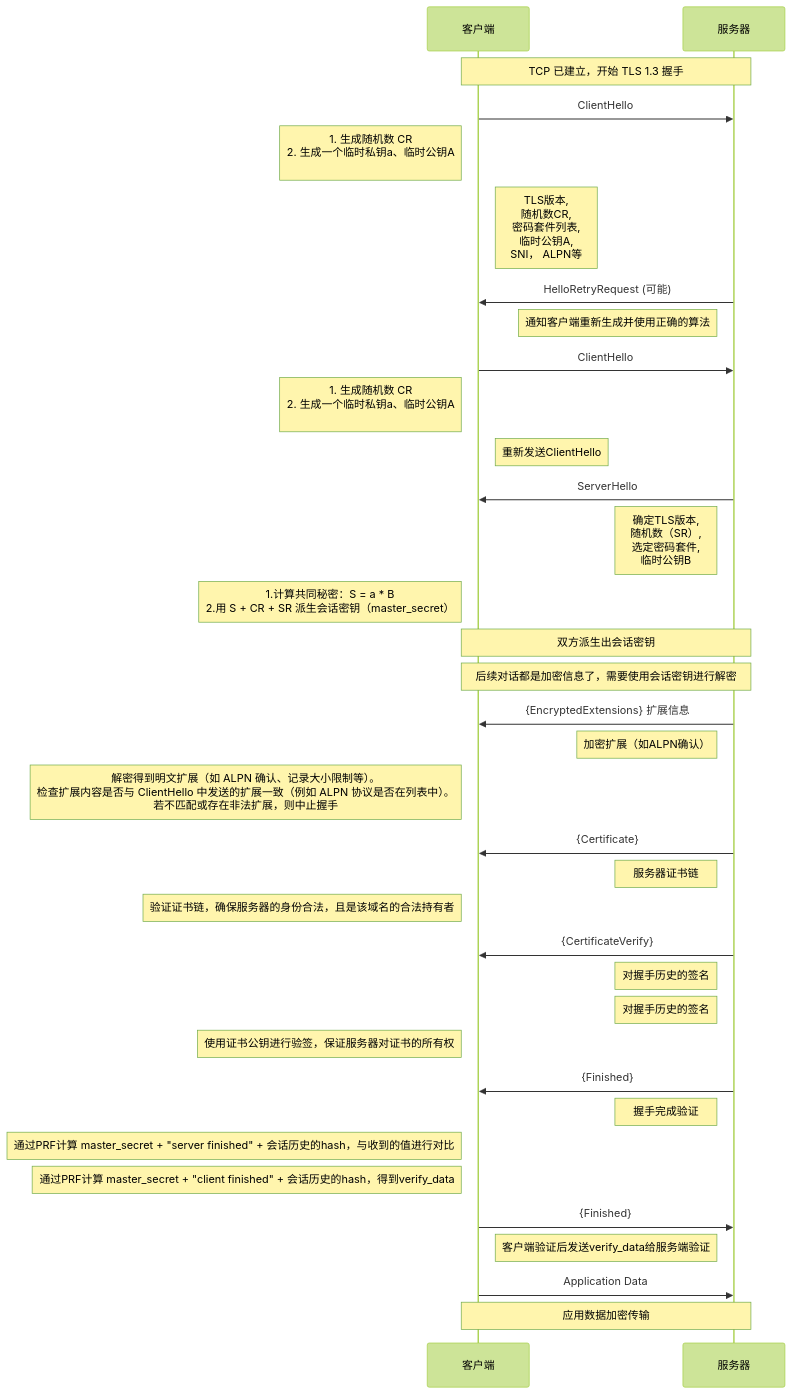
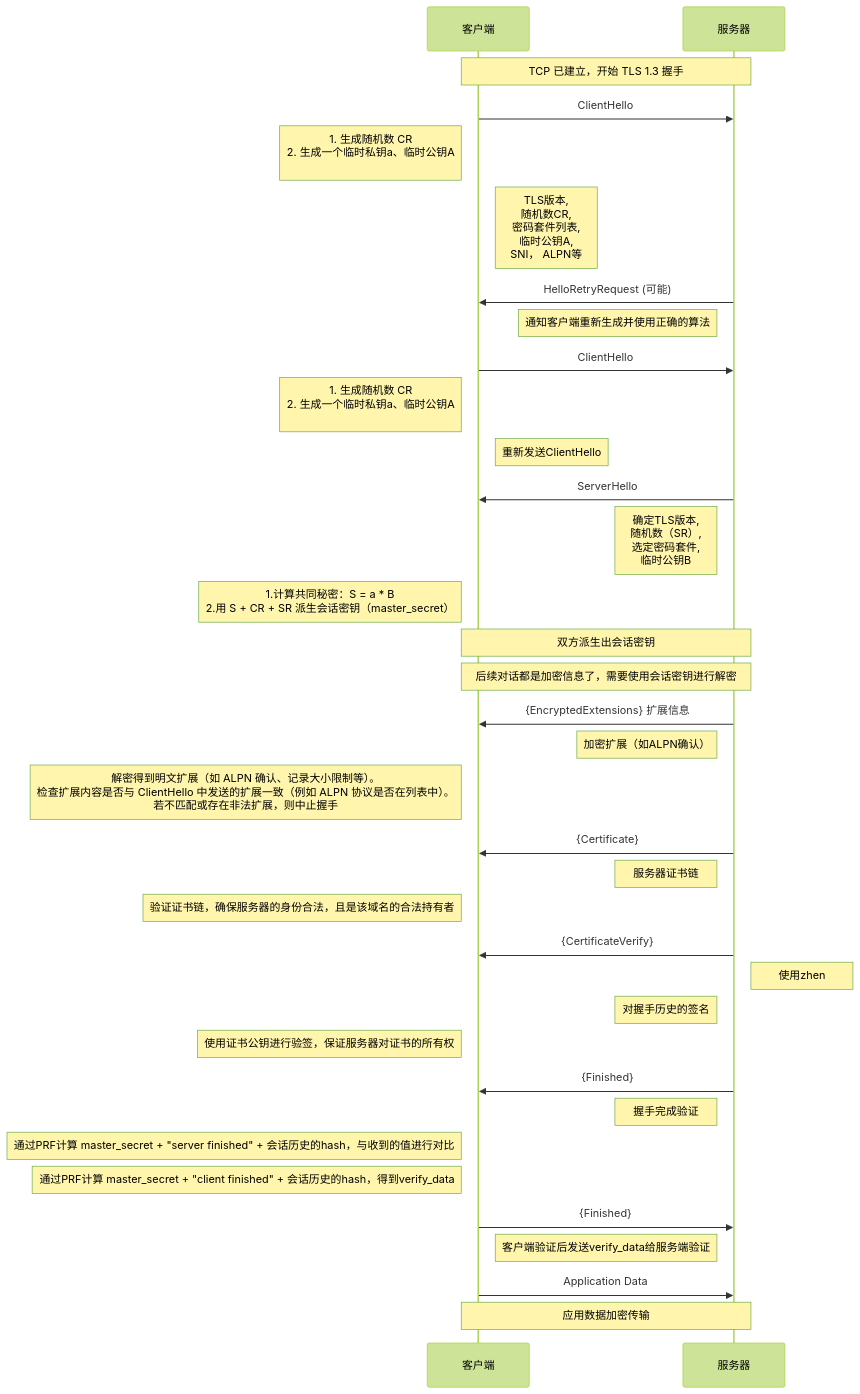
Before and after one commit to HY-10-8/iodraw-files: the diagram in all/TLS-1.3-通用（全）.md, drawn with Mermaid (forest theme).

Commit message:
2026-03-31 10:12:23 update

````diff
--- a/all/TLS-1.3-通用（全）.md
+++ b/all/TLS-1.3-通用（全）.md
@@ -1,49 +1,49 @@
 ```mermaid
 sequenceDiagram
     participant C as 客户端
     participant S as 服务器
 
     Note over C,S: TCP 已建立，开始 TLS 1.3 握手
 
     C->>S: ClientHello
     Note left of C: 1. 生成随机数 CR<br/> 2. 生成一个临时私钥a、临时公钥A<br/>
     Note right of C: TLS版本,<br/> 随机数CR,<br/> 密码套件列表,<br/> 临时公钥A,<br/> SNI， ALPN等
 
     S->>C: HelloRetryRequest (可能)
     Note left of S: 通知客户端重新生成并使用正确的算法
 
     C->>S: ClientHello
     Note left of C: 1. 生成随机数 CR<br/> 2. 生成一个临时私钥a、临时公钥A<br/>
     Note right of C: 重新发送ClientHello
 
     S->>C: ServerHello
     Note left of S: 确定TLS版本, <br/>随机数（SR）,<br/> 选定密码套件, <br/>临时公钥B
     Note left of C: 1.计算共同秘密：S = a * B<br/> 2.用 S + CR + SR 派生会话密钥（master_secret）
 
     Note over C,S: 双方派生出会话密钥
     Note over C,S: 后续对话都是加密信息了，需要使用会话密钥进行解密
 
     S->>C: {EncryptedExtensions} 扩展信息
     Note left of S: 加密扩展（如ALPN确认）
     Note left of C: 解密得到明文扩展（如 ALPN 确认、记录大小限制等）。<br/>检查扩展内容是否与 ClientHello 中发送的扩展一致（例如 ALPN 协议是否在列表中）。<br/> 若不匹配或存在非法扩展，则中止握手
 
     S->>C: {Certificate}
     Note left of S: 服务器证书链
     Note left of C: 验证证书链，确保服务器的身份合法，且是该域名的合法持有者
 
     S->>C: {CertificateVerify}
-    Note left of S: 对握手历史的签名
+    Note right of S: 使用zhen
     Note left of S: 对握手历史的签名
     Note left of C: 使用证书公钥进行验签，保证服务器对证书的所有权
 
     S->>C: {Finished}
     Note left of S: 握手完成验证
     Note left of C: 通过PRF计算 master_secret + "server finished" + 会话历史的hash，与收到的值进行对比
     Note left of C: 通过PRF计算 master_secret + "client finished" + 会话历史的hash，得到verify_data
 
     C->>S: {Finished}
     Note right of C: 客户端验证后发送verify_data给服务端验证
 
     C->>S: Application Data
     Note over C,S: 应用数据加密传输
 ```
````
